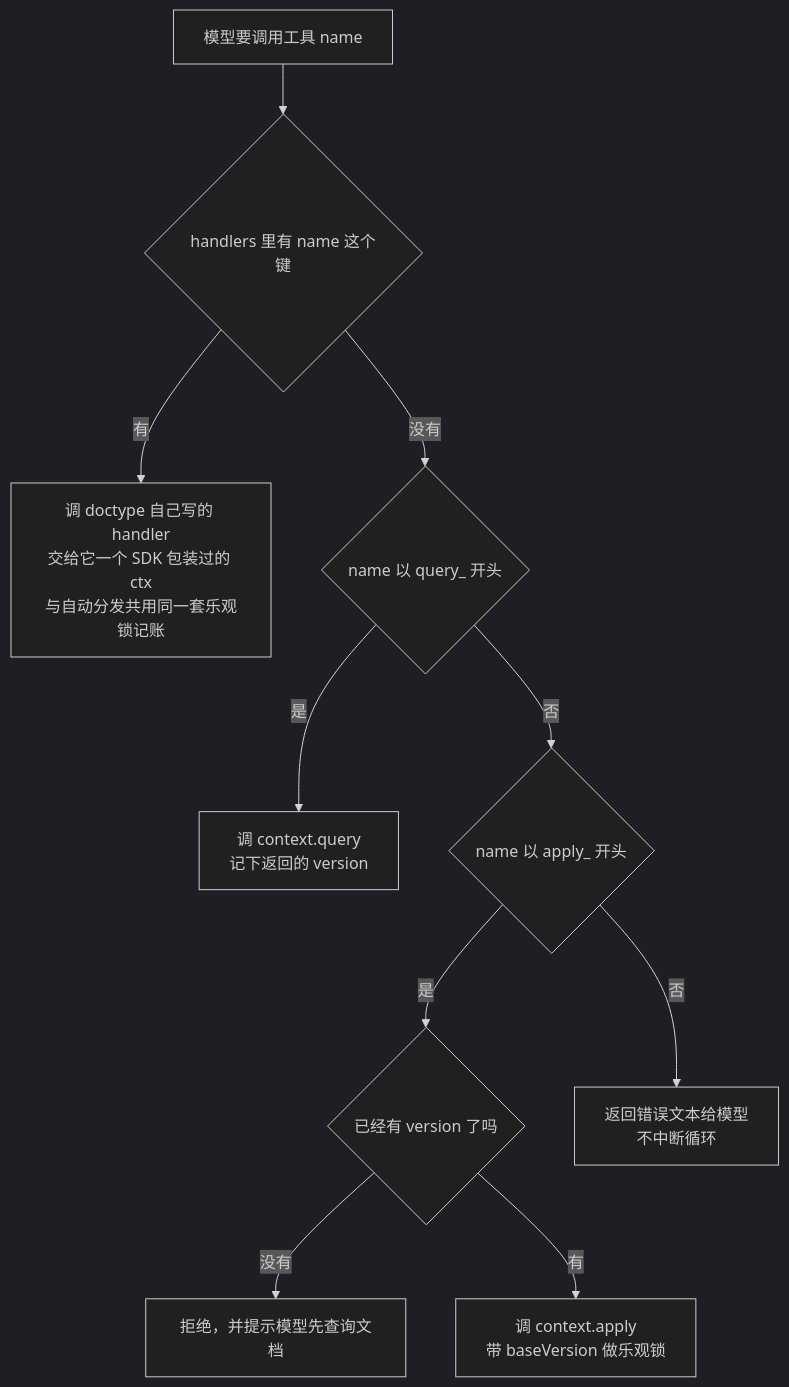
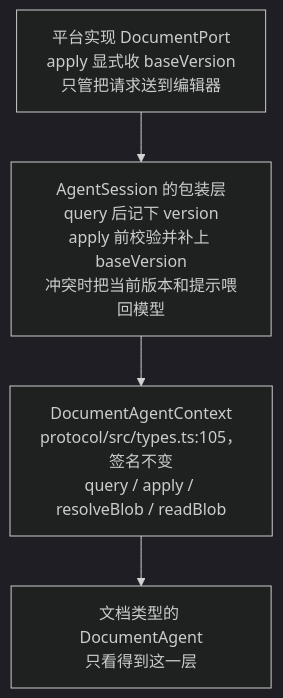
One commit to shazhou-ww/unidocs changed the sixth of 14 diagrams in docs/superpowers/specs/2026-08-26-agent-sdk-design.md. Above: the diagram before and after it, drawn with Mermaid (dark theme). The commit also changed other lines of this file, not shown here.

First line of the commit message:
docs(agent-sdk): 工具分发退出内核范围,上边界沿用已有的 DocumentAgent

````diff
--- a/docs/superpowers/specs/2026-08-26-agent-sdk-design.md
+++ b/docs/superpowers/specs/2026-08-26-agent-sdk-design.md
@@ -392,12 +343,6 @@
 ```mermaid
 flowchart TB
-    START["模型要调用工具 name"] --> H{"handlers 里有 name 这个键"}
-    H -->|有| CALL["调 doctype 自己写的 handler<br/>交给它一个 SDK 包装过的 ctx<br/>与自动分发共用同一套乐观锁记账"]
-    H -->|没有| Q{"name 以 query_ 开头"}
-    Q -->|是| DOQ["调 context.query<br/>记下返回的 version"]
-    Q -->|否| AP{"name 以 apply_ 开头"}
-    AP -->|是| V{"已经有 version 了吗"}
-    AP -->|否| ERR["返回错误文本给模型<br/>不中断循环"]
-    V -->|没有| REFUSE["拒绝，并提示模型先查询文档"]
-    V -->|有| DOA["调 context.apply<br/>带 baseVersion 做乐观锁"]
+    P["平台实现 DocumentPort<br/>apply 显式收 baseVersion<br/>只管把请求送到编辑器"] --> W["AgentSession 的包装层<br/>query 后记下 version<br/>apply 前校验并补上 baseVersion<br/>冲突时把当前版本和提示喂回模型"]
+    W --> C["DocumentAgentContext<br/>protocol/src/types.ts:105，签名不变<br/>query / apply / resolveBlob / readBlob"]
+    C --> A["文档类型的 DocumentAgent<br/>只看得到这一层"]
 ```
````
